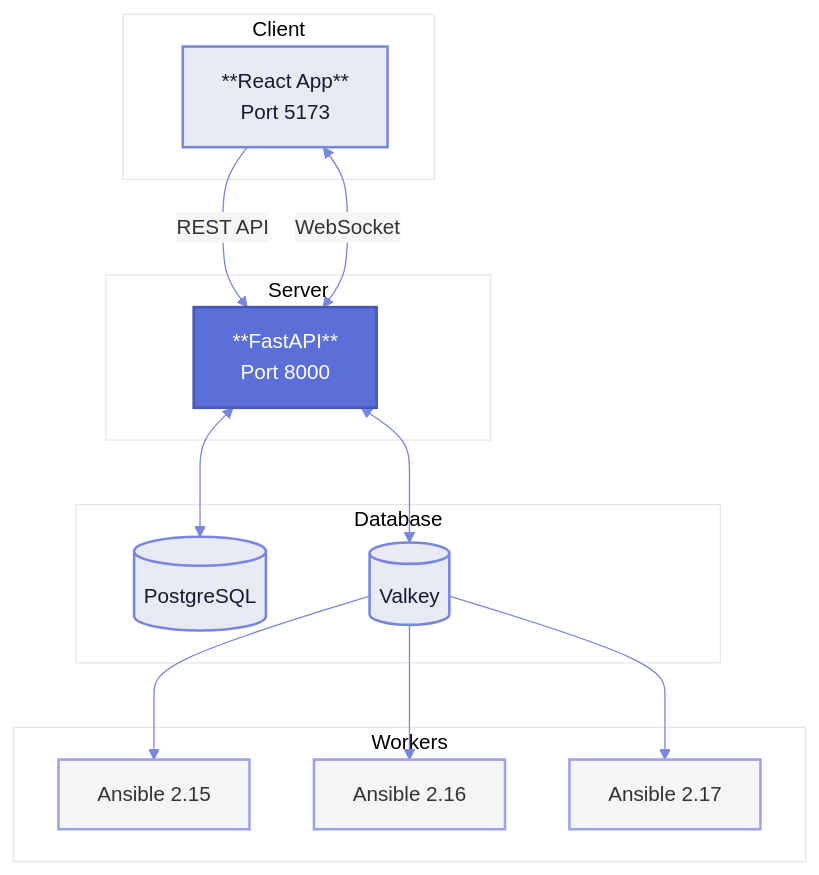
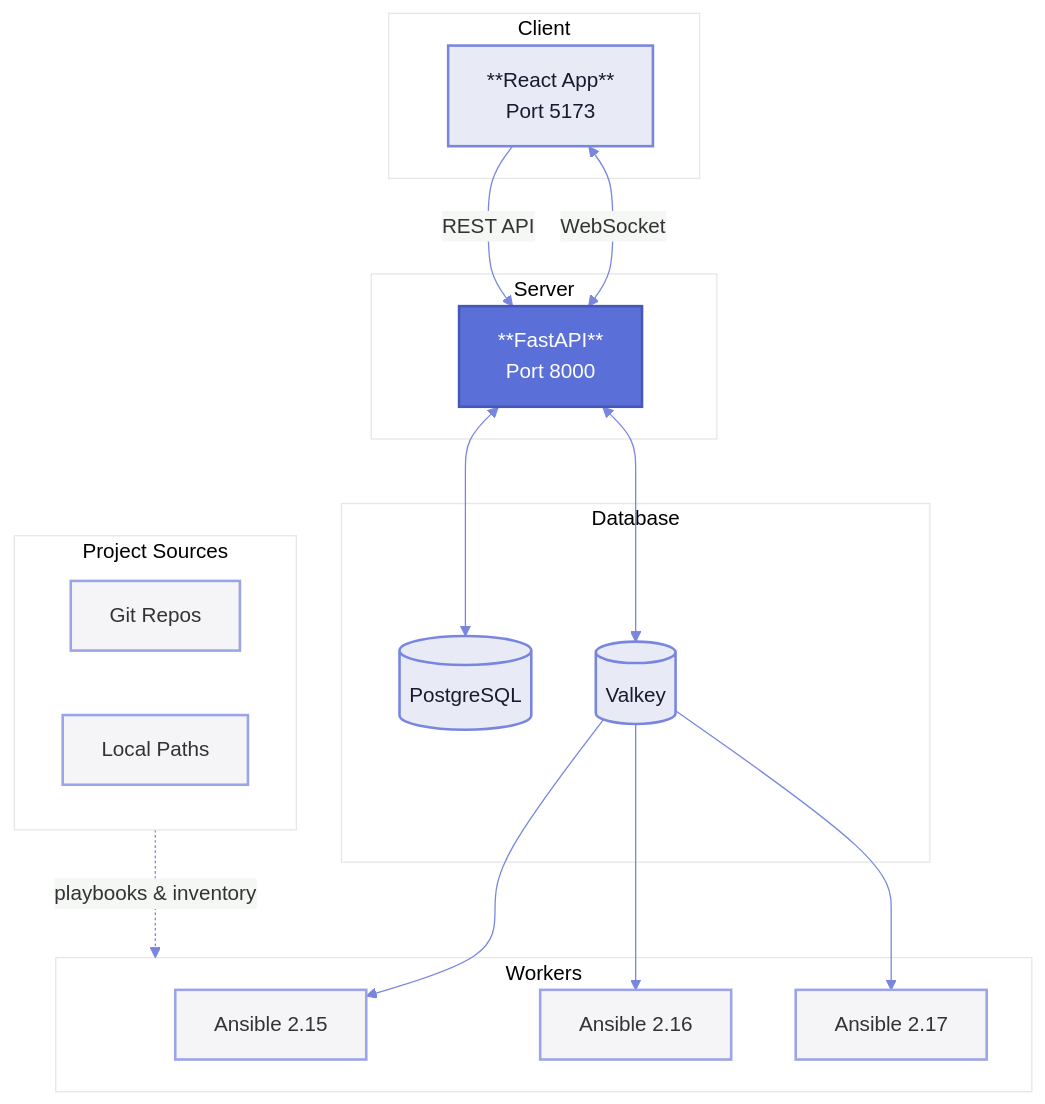
The diagram in README.md (JamesTTTT/A-station), drawn with Mermaid before and after one commit. The commit also changed other lines of this file, not shown here.

````diff
--- a/README.md
+++ b/README.md
@@ -7,46 +18,49 @@
 ```mermaid
 %%{init: {
   'theme': 'base',
   'themeVariables': {
     'primaryColor': '#f5f5f7',
     'primaryTextColor': '#333333',
     'primaryBorderColor': '#5b6fd8',
     'lineColor': '#7986e0'
   }
 }}%%
 
 flowchart TB
-    %% Definitions using classDef for cleaner styling %%
     classDef primary fill:#5b6fd8,stroke:#4757b8,stroke-width:2px,color:#ffffff
     classDef secondary fill:#e8eaf6,stroke:#7986e0,stroke-width:2px,color:#1a1a2e
     classDef tertiary fill:#f5f5f7,stroke:#9ca4e8,stroke-width:2px,color:#333333
-    classDef plain fill:none,stroke:none,color:#333333
 
     subgraph Client
         Browser["**React App**<br/>Port 5173"]:::secondary
     end
 
     subgraph Server
         API["**FastAPI**<br/>Port 8000"]:::primary
     end
 
     subgraph Database
         PG[("PostgreSQL")]:::secondary
         Redis[("Valkey")]:::secondary
     end
 
     subgraph Workers
         W1["Ansible 2.15"]:::tertiary
         W2["Ansible 2.16"]:::tertiary
         W3["Ansible 2.17"]:::tertiary
     end
 
-    %% Connections %%
+    subgraph Sources["Project Sources"]
+        Git["Git Repos"]:::tertiary
+        Local["Local Paths"]:::tertiary
+    end
+
     Browser -->|REST API| API
     Browser <-->|WebSocket| API
     API <--> PG
     API <--> Redis
     Redis --> W1
     Redis --> W2
     Redis --> W3
+    Sources -.->|playbooks & inventory| Workers
 ```
````
